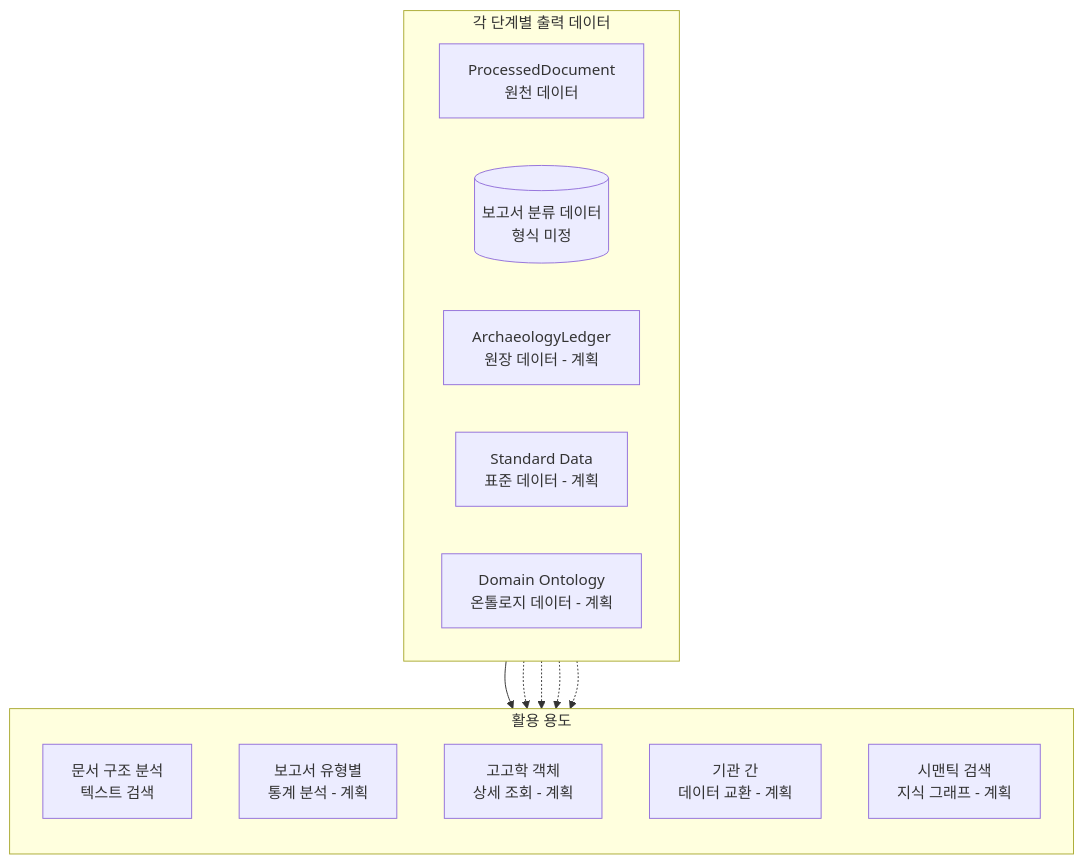
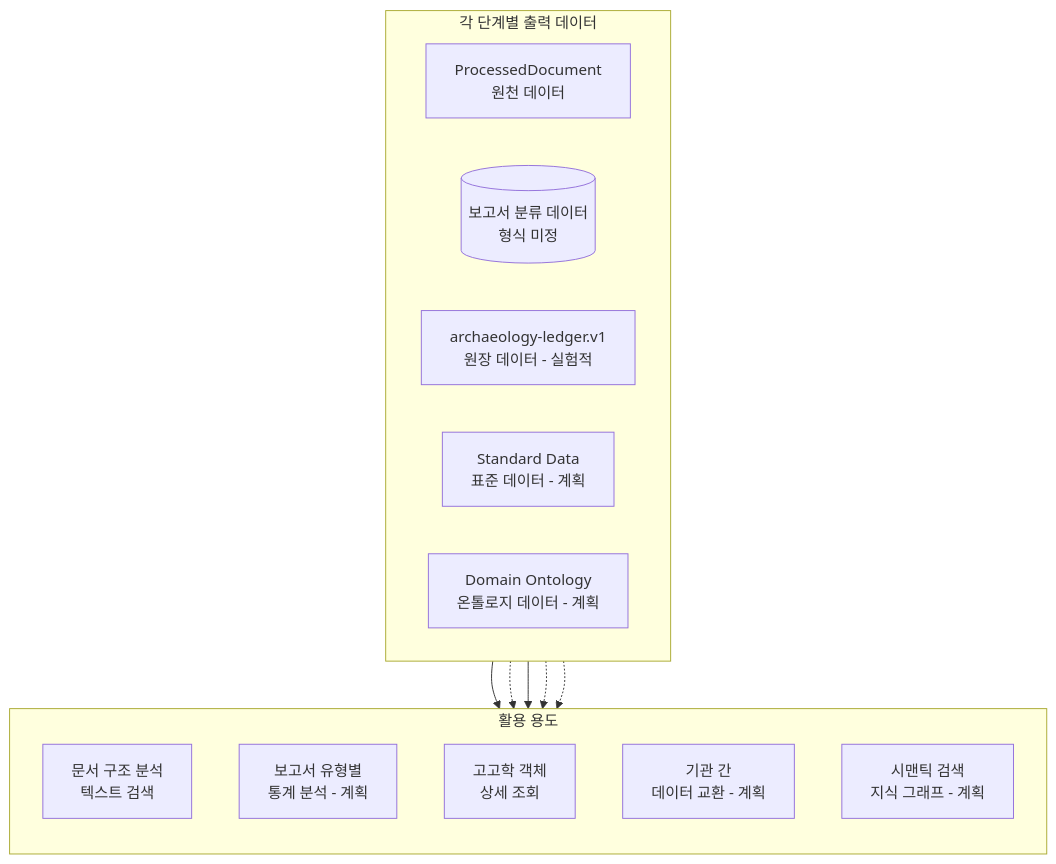
One commit to heripo-lab/heripo-engine changed the sixth of 6 diagrams in docs/architecture.ko.md. Above: the diagram before and after it, drawn with Mermaid. The commit also changed other lines of this file and 12 other files, not shown here.

````diff
--- a/docs/architecture.ko.md
+++ b/docs/architecture.ko.md
@@ -428,26 +475,26 @@
 ```mermaid
 flowchart TB
     subgraph Data[각 단계별 출력 데이터]
         direction LR
         D1[ProcessedDocument<br/>원천 데이터]
         D2[(보고서 분류 데이터<br/>형식 미정)]
-        D3[ArchaeologyLedger<br/>원장 데이터 - 계획]
+        D3[archaeology-ledger.v1<br/>원장 데이터 - 실험적]
         D4[Standard Data<br/>표준 데이터 - 계획]
         D5[Domain Ontology<br/>온톨로지 데이터 - 계획]
     end
 
     subgraph Usage[활용 용도]
         direction TB
         U1[문서 구조 분석<br/>텍스트 검색]
         U2[보고서 유형별<br/>통계 분석 - 계획]
-        U3[고고학 객체<br/>상세 조회 - 계획]
+        U3[고고학 객체<br/>상세 조회]
         U4[기관 간<br/>데이터 교환 - 계획]
         U5[시맨틱 검색<br/>지식 그래프 - 계획]
     end
 
     D1 --> U1
     D2 -.-> U2
-    D3 -.-> U3
+    D3 --> U3
     D4 -.-> U4
     D5 -.-> U5
 ```
````
